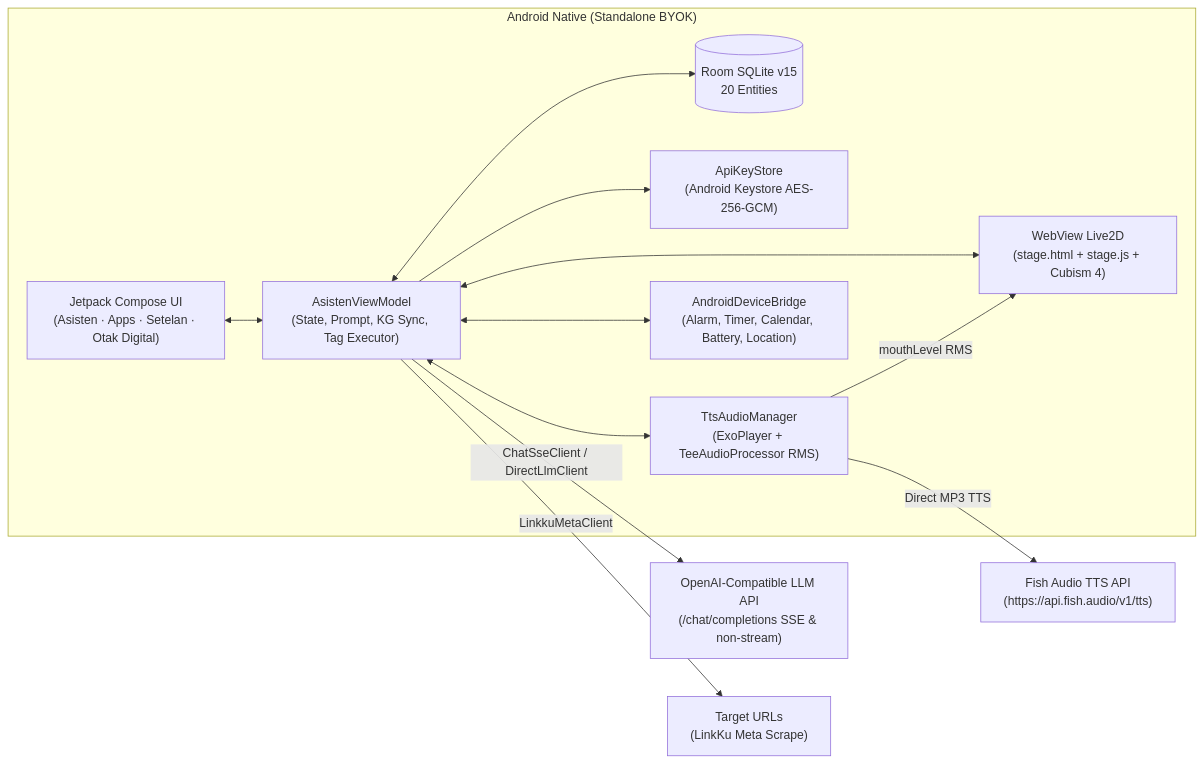
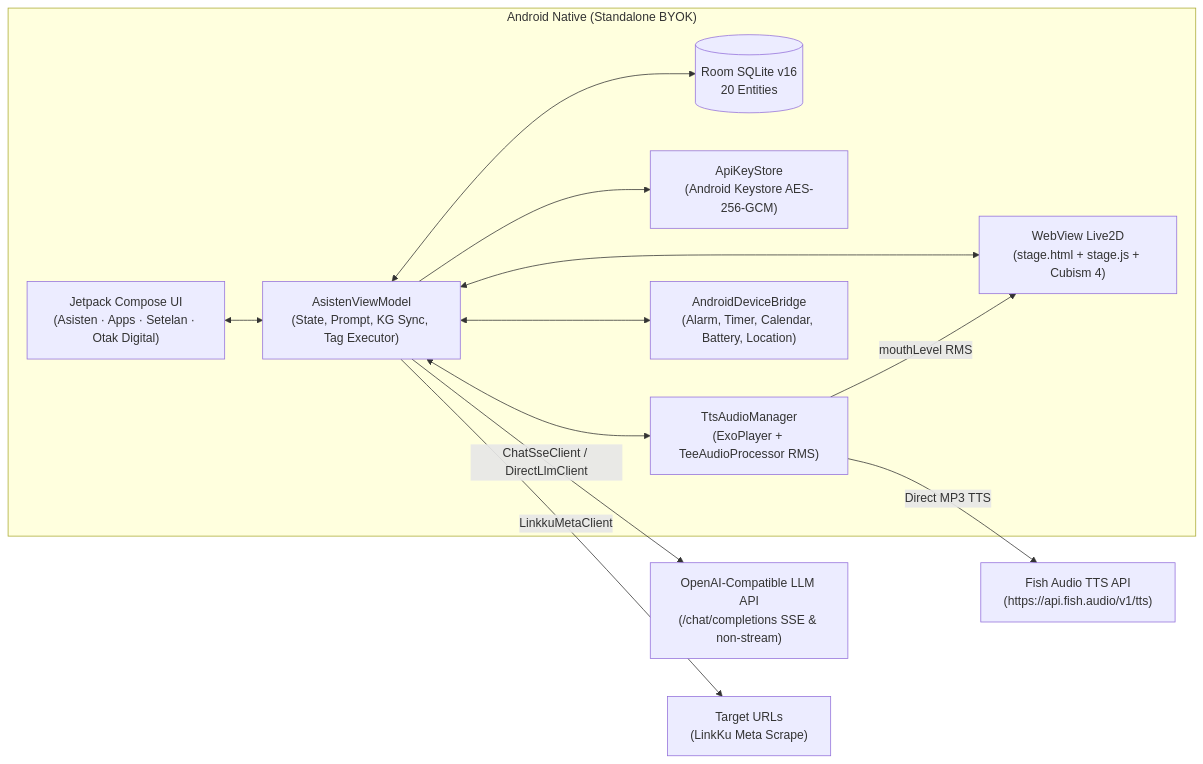
The diagram in README.md (wisnuwrdh/Rem-assistant), drawn with Mermaid before and after one commit. The commit also changed other lines of this file and 40 other files, not shown here.

Commit message:
feat: upgrade Knowledge Graph (Room v16), custom Rem UI components & notifications, and KG/IdeKu/Kronik tags

````diff
--- a/README.md
+++ b/README.md
@@ -27,27 +27,27 @@
 ```mermaid
 flowchart LR
     subgraph Android["Android Native (Standalone BYOK)"]
         UI["Jetpack Compose UI\n(Asisten · Apps · Setelan · Otak Digital)"]
         VM["AsistenViewModel\n(State, Prompt, KG Sync, Tag Executor)"]
-        DB[("Room SQLite v15\n20 Entities")]
+        DB[("Room SQLite v16\n20 Entities")]
         KS["ApiKeyStore\n(Android Keystore AES-256-GCM)"]
         WV["WebView Live2D\n(stage.html + stage.js + Cubism 4)"]
         EXO["TtsAudioManager\n(ExoPlayer + TeeAudioProcessor RMS)"]
         DEV["AndroidDeviceBridge\n(Alarm, Timer, Calendar, Battery, Location)"]
         UI <--> VM
         VM <--> DB
         VM --> KS
         VM <--> WV
         VM <--> EXO
         VM <--> DEV
         EXO -->|mouthLevel RMS| WV
     end
 
     LLM["OpenAI-Compatible LLM API\n(/chat/completions SSE & non-stream)"]
     FISH["Fish Audio TTS API\n(https://api.fish.audio/v1/tts)"]
     WEB["Target URLs\n(LinkKu Meta Scrape)"]
 
     VM -->|ChatSseClient / DirectLlmClient| LLM
     EXO -->|Direct MP3 TTS| FISH
     VM -->|LinkkuMetaClient| WEB
 ```
````
